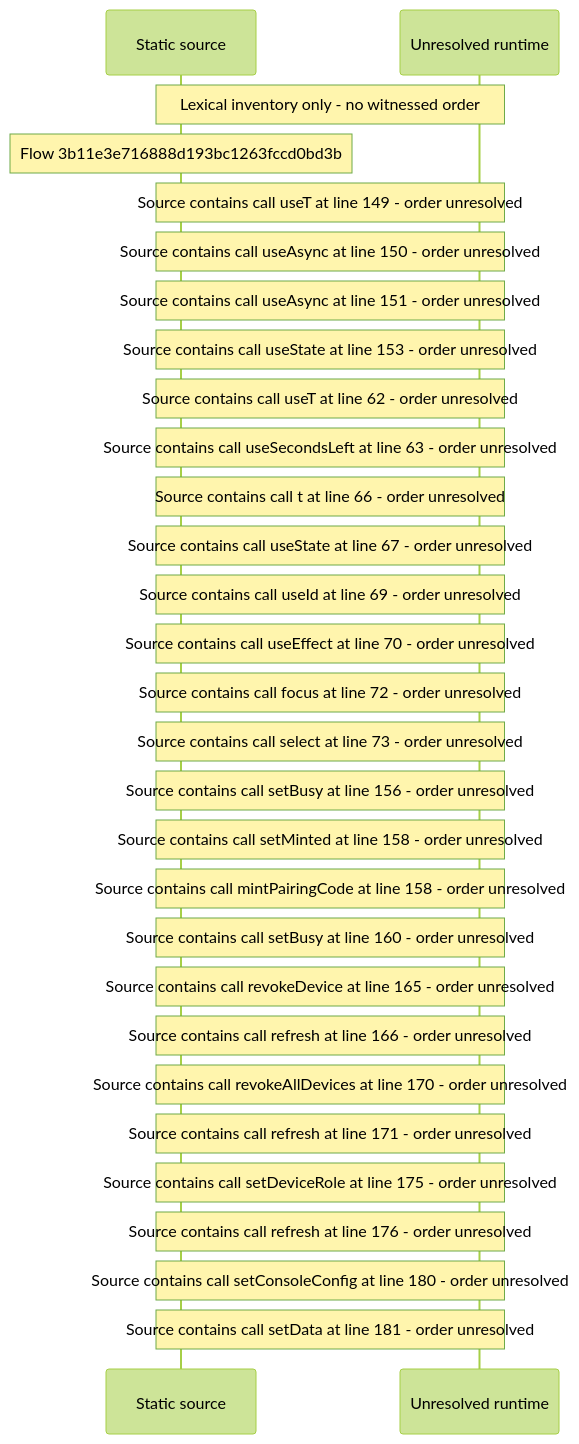
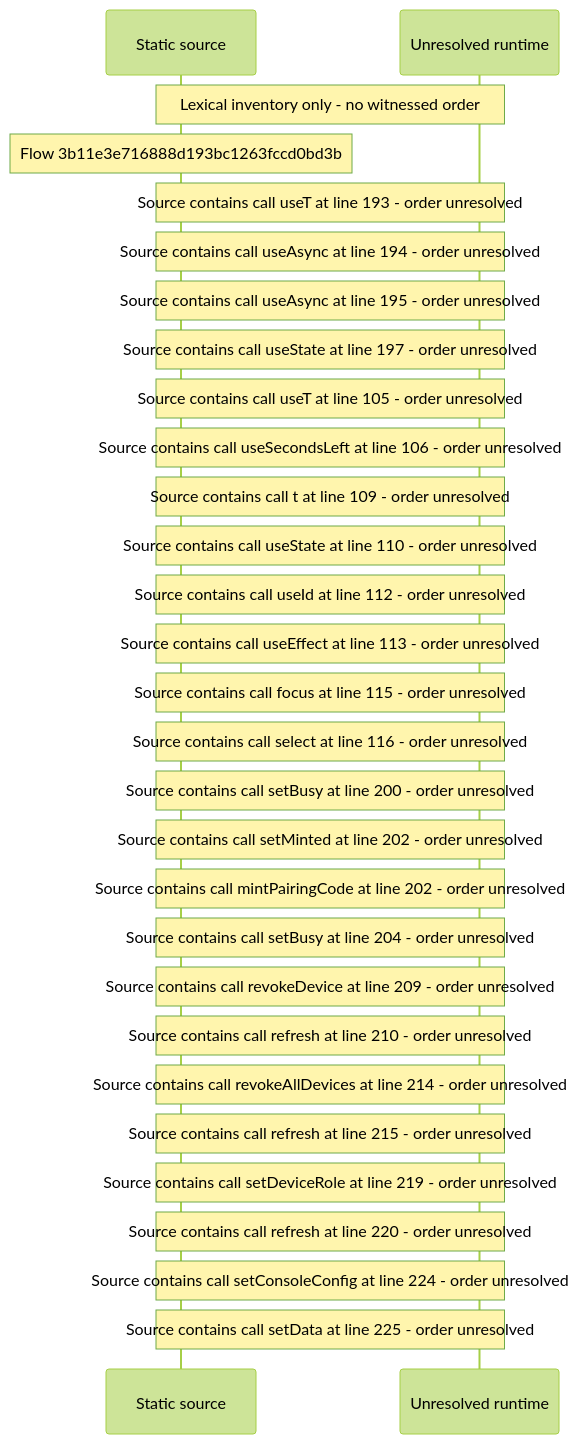
Before and after one commit to beamfall/core: the diagram in docs/web/flows/generated/3b11e3e716888d193bc1263fccd0bd3b/flow-diagram.md, drawn with Mermaid (forest theme). The commit also changed other lines of this file and 715 other files, not shown here.

Commit message:
Regenerate the web flow record with every inventory member resolved (CORE-1762)

````diff
--- a/docs/web/flows/generated/3b11e3e716888d193bc1263fccd0bd3b/flow-diagram.md
+++ b/docs/web/flows/generated/3b11e3e716888d193bc1263fccd0bd3b/flow-diagram.md
@@ -10,31 +10,31 @@
 ```mermaid
 sequenceDiagram
     participant S as Static source
     participant U as Unresolved runtime
     Note over S,U: Lexical inventory only - no witnessed order
     Note over S: Flow 3b11e3e716888d193bc1263fccd0bd3b
-    Note over S,U: Source contains call useT at line 149 - order unresolved
-    Note over S,U: Source contains call useAsync at line 150 - order unresolved
-    Note over S,U: Source contains call useAsync at line 151 - order unresolved
-    Note over S,U: Source contains call useState at line 153 - order unresolved
-    Note over S,U: Source contains call useT at line 62 - order unresolved
-    Note over S,U: Source contains call useSecondsLeft at line 63 - order unresolved
-    Note over S,U: Source contains call t at line 66 - order unresolved
-    Note over S,U: Source contains call useState at line 67 - order unresolved
-    Note over S,U: Source contains call useId at line 69 - order unresolved
-    Note over S,U: Source contains call useEffect at line 70 - order unresolved
-    Note over S,U: Source contains call focus at line 72 - order unresolved
-    Note over S,U: Source contains call select at line 73 - order unresolved
-    Note over S,U: Source contains call setBusy at line 156 - order unresolved
-    Note over S,U: Source contains call setMinted at line 158 - order unresolved
-    Note over S,U: Source contains call mintPairingCode at line 158 - order unresolved
-    Note over S,U: Source contains call setBusy at line 160 - order unresolved
-    Note over S,U: Source contains call revokeDevice at line 165 - order unresolved
-    Note over S,U: Source contains call refresh at line 166 - order unresolved
-    Note over S,U: Source contains call revokeAllDevices at line 170 - order unresolved
-    Note over S,U: Source contains call refresh at line 171 - order unresolved
-    Note over S,U: Source contains call setDeviceRole at line 175 - order unresolved
-    Note over S,U: Source contains call refresh at line 176 - order unresolved
-    Note over S,U: Source contains call setConsoleConfig at line 180 - order unresolved
-    Note over S,U: Source contains call setData at line 181 - order unresolved
+    Note over S,U: Source contains call useT at line 193 - order unresolved
+    Note over S,U: Source contains call useAsync at line 194 - order unresolved
+    Note over S,U: Source contains call useAsync at line 195 - order unresolved
+    Note over S,U: Source contains call useState at line 197 - order unresolved
+    Note over S,U: Source contains call useT at line 105 - order unresolved
+    Note over S,U: Source contains call useSecondsLeft at line 106 - order unresolved
+    Note over S,U: Source contains call t at line 109 - order unresolved
+    Note over S,U: Source contains call useState at line 110 - order unresolved
+    Note over S,U: Source contains call useId at line 112 - order unresolved
+    Note over S,U: Source contains call useEffect at line 113 - order unresolved
+    Note over S,U: Source contains call focus at line 115 - order unresolved
+    Note over S,U: Source contains call select at line 116 - order unresolved
+    Note over S,U: Source contains call setBusy at line 200 - order unresolved
+    Note over S,U: Source contains call setMinted at line 202 - order unresolved
+    Note over S,U: Source contains call mintPairingCode at line 202 - order unresolved
+    Note over S,U: Source contains call setBusy at line 204 - order unresolved
+    Note over S,U: Source contains call revokeDevice at line 209 - order unresolved
+    Note over S,U: Source contains call refresh at line 210 - order unresolved
+    Note over S,U: Source contains call revokeAllDevices at line 214 - order unresolved
+    Note over S,U: Source contains call refresh at line 215 - order unresolved
+    Note over S,U: Source contains call setDeviceRole at line 219 - order unresolved
+    Note over S,U: Source contains call refresh at line 220 - order unresolved
+    Note over S,U: Source contains call setConsoleConfig at line 224 - order unresolved
+    Note over S,U: Source contains call setData at line 225 - order unresolved
 ```
````
